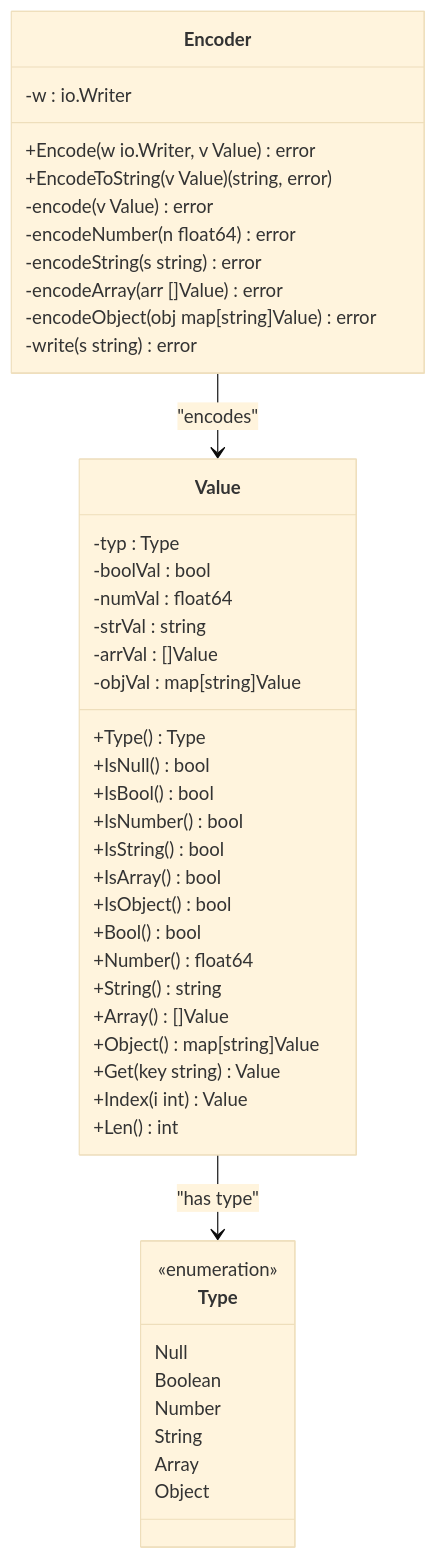
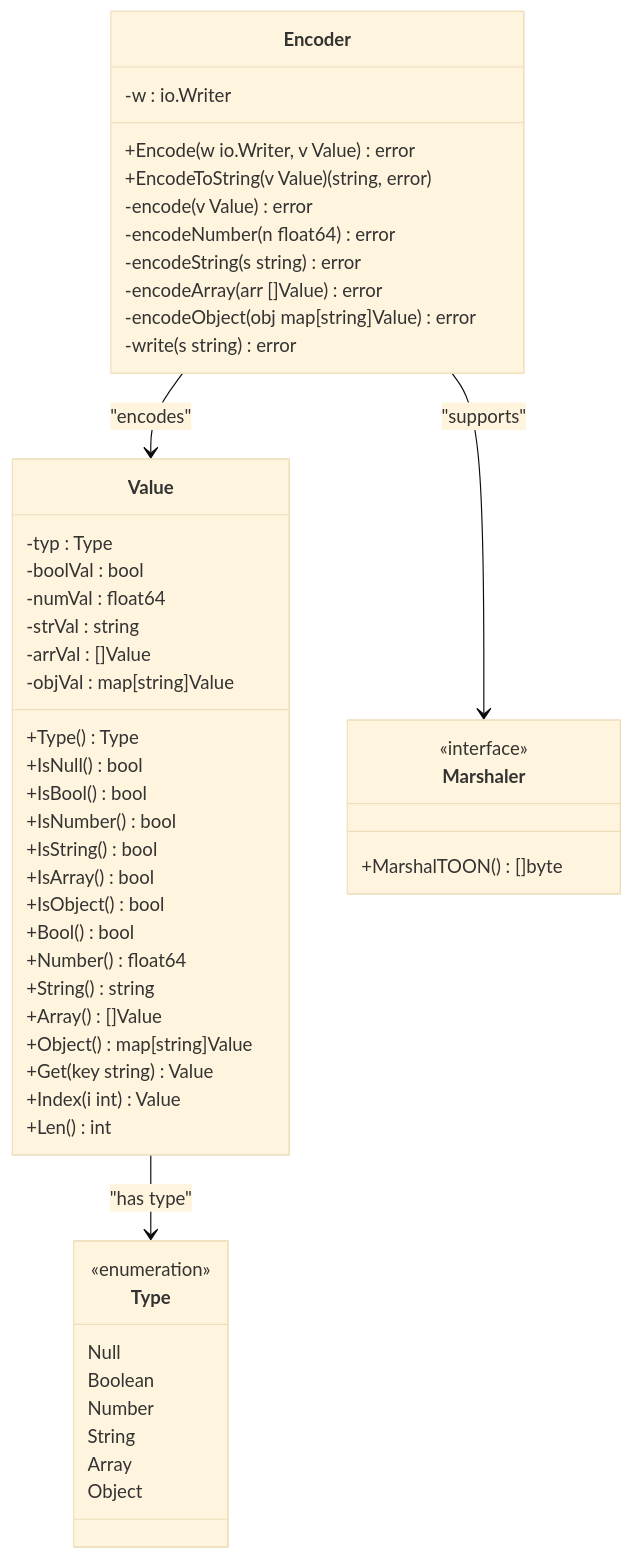
The third of 8 diagrams in .qoder/repowiki/en/content/Encoder Implementation.md (OTumanov/go-toon), drawn with Mermaid (base theme) before and after one commit. The commit also changed other lines of this file and 11 other files, not shown here.

First line of the commit message:
feat: add Pre-flight Schema + Token Calculator to toongen

````diff
--- a/.qoder/repowiki/en/content/Encoder Implementation.md
+++ b/.qoder/repowiki/en/content/Encoder Implementation.md
@@ -147,48 +166,53 @@
 ```mermaid
 classDiagram
 class Encoder {
 -w : io.Writer
 +Encode(w io.Writer, v Value) error
 +EncodeToString(v Value) (string, error)
 -encode(v Value) error
 -encodeNumber(n float64) error
 -encodeString(s string) error
 -encodeArray(arr []Value) error
 -encodeObject(obj map[string]Value) error
 -write(s string) error
 }
 class Value {
 -typ : Type
 -boolVal : bool
 -numVal : float64
 -strVal : string
 -arrVal : []Value
 -objVal : map[string]Value
 +Type() Type
 +IsNull() bool
 +IsBool() bool
 +IsNumber() bool
 +IsString() bool
 +IsArray() bool
 +IsObject() bool
 +Bool() bool
 +Number() float64
 +String() string
 +Array() []Value
 +Object() map[string]Value
 +Get(key string) Value
 +Index(i int) Value
 +Len() int
 }
 class Type {
 <<enumeration>>
 Null
 Boolean
 Number
 String
 Array
 Object
 }
+class Marshaler {
+<<interface>>
++MarshalTOON() []byte
+}
 Encoder --> Value : "encodes"
 Value --> Type : "has type"
+Encoder --> Marshaler : "supports"
 ```
````
